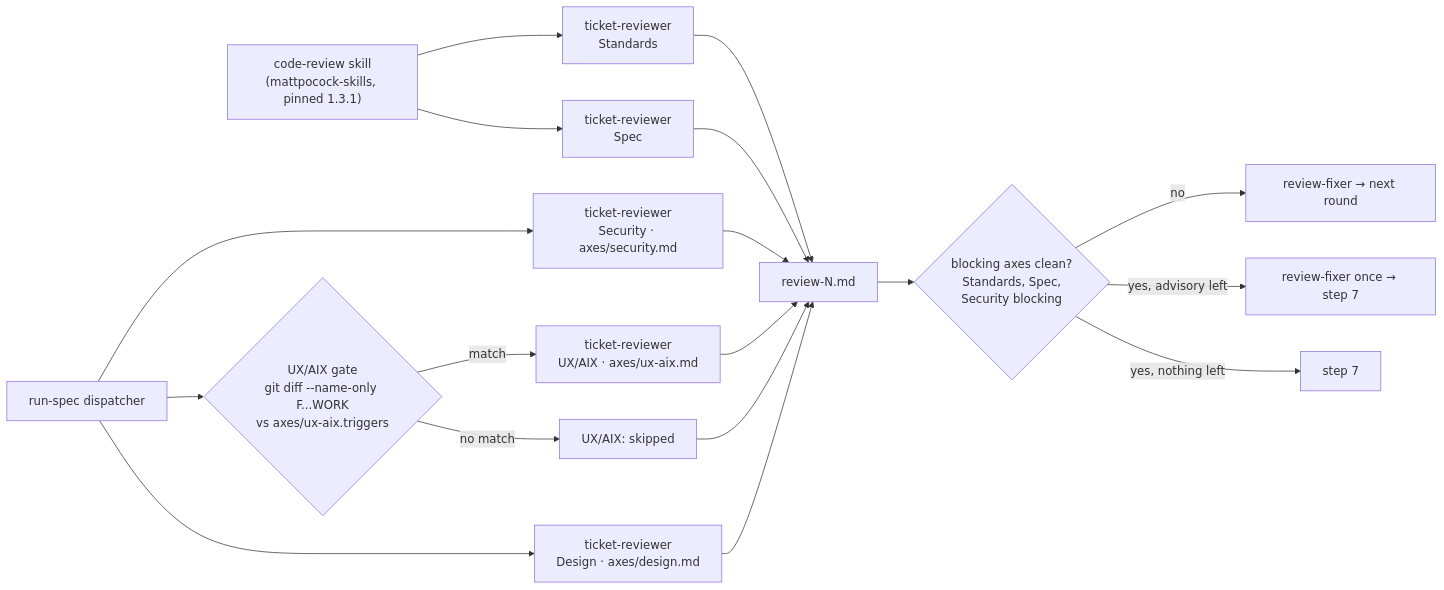
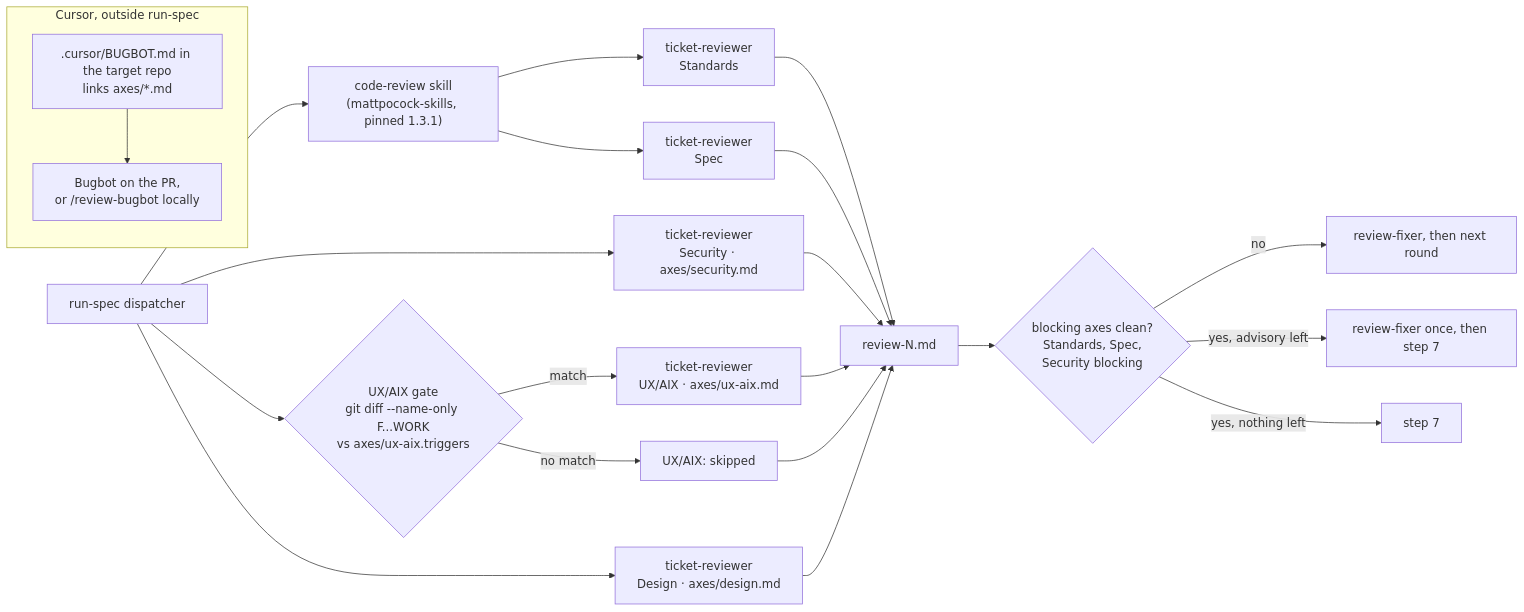
The second of 2 diagrams in ai/skills/run-spec/README.md (rodrigorjsf/ai-study-library), drawn with Mermaid before and after one commit. The commit also changed other lines of this file and 3 other files, not shown here.

First line of the commit message:
fix(run-spec): inline known dismissals, Cursor nodes in diagrams, LF endings

````diff
--- a/ai/skills/run-spec/README.md
+++ b/ai/skills/run-spec/README.md
@@ -36,17 +39,21 @@
 ```mermaid
 flowchart LR
     G{"UX/AIX gate<br/>git diff --name-only F...WORK<br/>vs axes/ux-aix.triggers"}
     CR["code-review skill<br/>(mattpocock-skills, pinned 1.3.1)"]
     CR --> STD["ticket-reviewer<br/>Standards"]
     CR --> SPC["ticket-reviewer<br/>Spec"]
-    D["run-spec dispatcher"] --> SEC["ticket-reviewer<br/>Security · axes/security.md"]
+    D["run-spec dispatcher"] --> CR
+    D --> SEC["ticket-reviewer<br/>Security · axes/security.md"]
     D --> G
     G -- match --> UX["ticket-reviewer<br/>UX/AIX · axes/ux-aix.md"]
     G -- no match --> SKIP["UX/AIX: skipped"]
     D --> DES["ticket-reviewer<br/>Design · axes/design.md"]
     STD & SPC & SEC & UX & SKIP & DES --> R["review-N.md"]
     R --> RT{"blocking axes clean?<br/>Standards, Spec,<br/>Security blocking"}
-    RT -- "no" --> FX["review-fixer → next round"]
-    RT -- "yes, advisory left" --> FX1["review-fixer once → step 7"]
+    RT -- "no" --> FX["review-fixer, then next round"]
+    RT -- "yes, advisory left" --> FX1["review-fixer once, then step 7"]
     RT -- "yes, nothing left" --> S7["step 7"]
+    subgraph CURSOR ["Cursor, outside run-spec"]
+        BB[".cursor/BUGBOT.md in the target repo<br/>links axes/*.md"] --> BOT["Bugbot on the PR,<br/>or /review-bugbot locally"]
+    end
 ```
````
